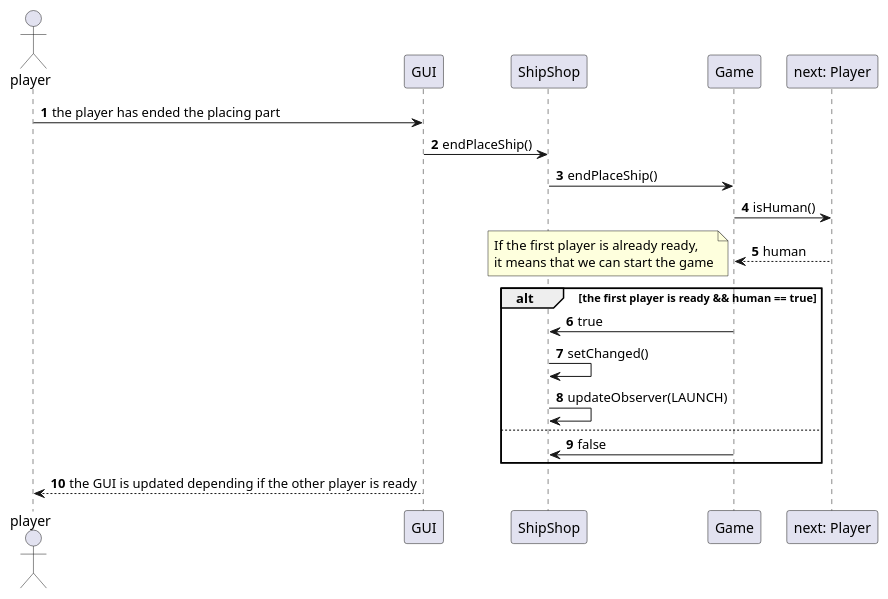
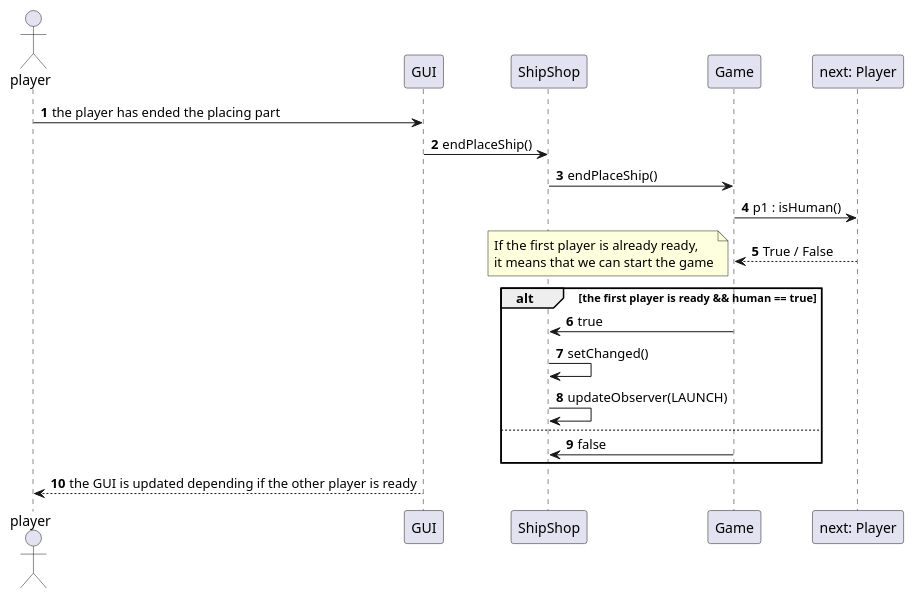
One commit to Reynault/ShipShop changed the diagram in doc/conception/pmul/sequence/endPlaceShip.puml. Above: the diagram before and after it, drawn with PlantUML. The commit also changed 1 other file, not shown here.

Commit message:
Updated sequence

```diff
--- a/doc/conception/pmul/sequence/endPlaceShip.puml
+++ b/doc/conception/pmul/sequence/endPlaceShip.puml
@@ -1,39 +1,39 @@
 @startuml
 
 autonumber
 actor player
 
 player -> GUI: the player has ended the placing part
 
 GUI -> ShipShop: endPlaceShip()
 
 ShipShop -> Game: endPlaceShip()
 
-Game -> "next: Player": isHuman()
+Game -> "next: Player": p1 : isHuman()
 
-"next: Player" --> Game: human
+"next: Player" --> Game: True / False
 
 alt the first player is ready && human == true
 
     note left
         If the first player is already ready,
         it means that we can start the game
     end note
 
     Game -> ShipShop : true
 
     ShipShop -> ShipShop : setChanged()
 
     ShipShop -> ShipShop : updateObserver(LAUNCH)
 
 else
 
     Game -> ShipShop : false
 
 end
 
 GUI --> player : the GUI is updated depending if the other player is ready 
 
 
 
 @enduml
```
